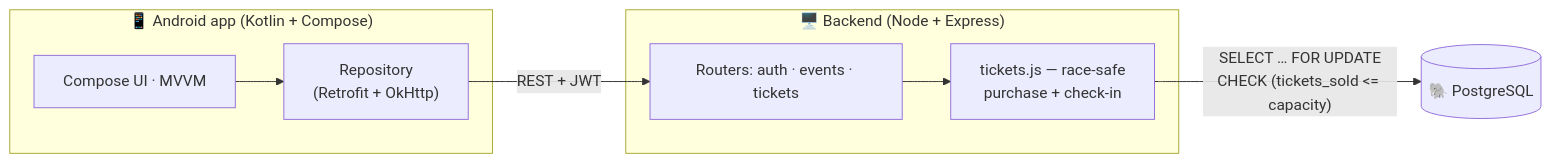
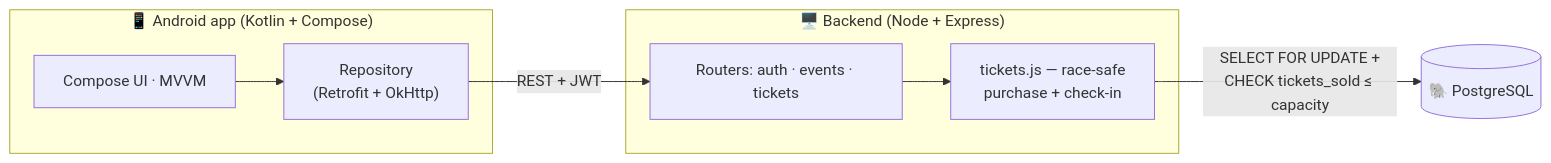
One commit to bhanu87777/Eventix-Event-Ticketing-Platform changed the first of 2 diagrams in README.md. Above: the diagram before and after it, drawn with Mermaid. The commit also changed other lines of this file and 1 other file, not shown here.

Commit message:
Fix Mermaid diagrams failing to render on GitHub
Semicolons inside sequence-diagram message and note text were parsed as
statement separators, breaking the render. Removed them and switched flowchart
label line breaks from \n to <br/> for reliable rendering.

````diff
--- a/README.md
+++ b/README.md
@@ -57,16 +57,16 @@
 ```mermaid
 flowchart LR
   subgraph Phone["📱 Android app (Kotlin + Compose)"]
     UI["Compose UI · MVVM"]
-    Repo["Repository\n(Retrofit + OkHttp)"]
+    Repo["Repository<br/>(Retrofit + OkHttp)"]
     UI --> Repo
   end
   subgraph API["🖥️ Backend (Node + Express)"]
     R["Routers: auth · events · tickets"]
-    T["tickets.js — race-safe\npurchase + check-in"]
+    T["tickets.js — race-safe<br/>purchase + check-in"]
     R --> T
   end
   PG[("🐘 PostgreSQL")]
   Repo -- "REST + JWT" --> R
-  T -- "SELECT … FOR UPDATE\nCHECK (tickets_sold <= capacity)" --> PG
+  T -- "SELECT FOR UPDATE +<br/>CHECK tickets_sold ≤ capacity" --> PG
 ```
````
